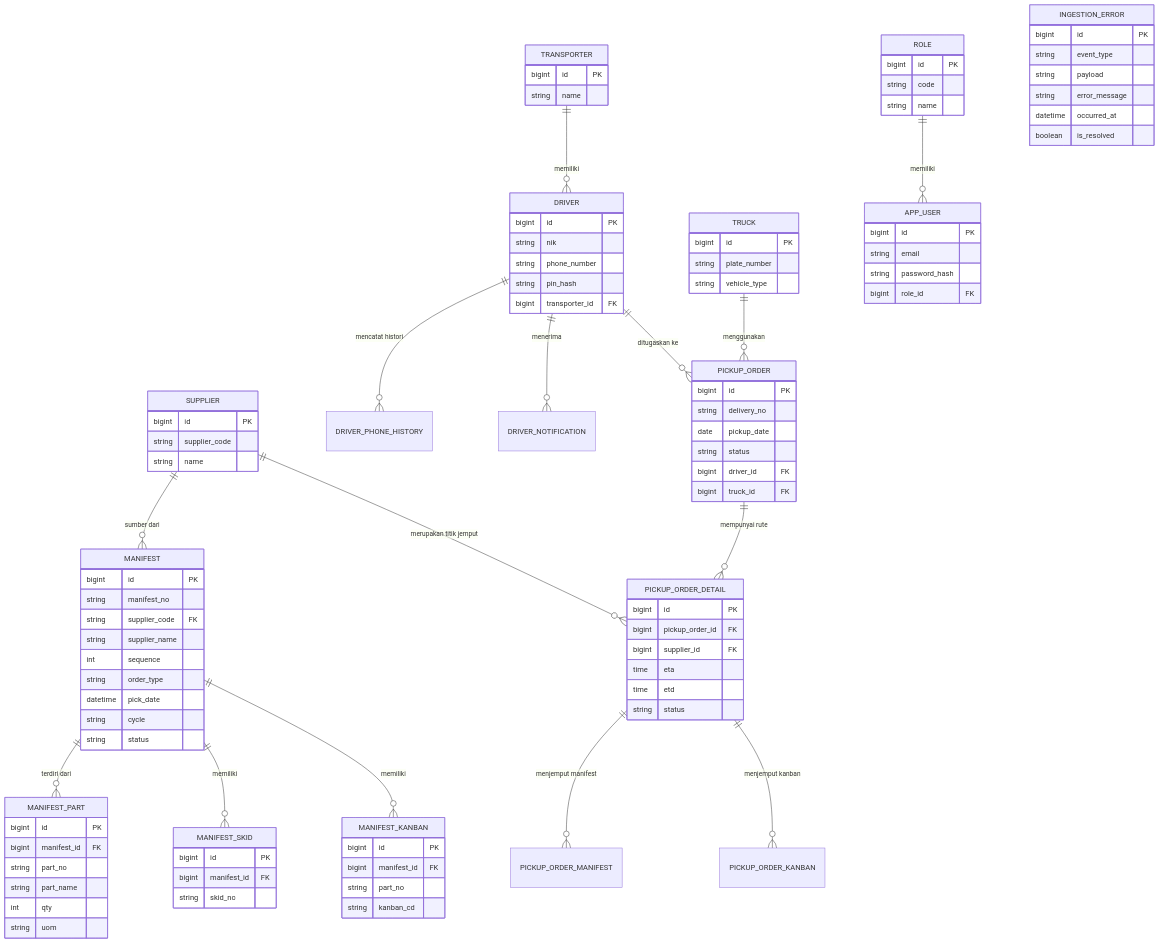
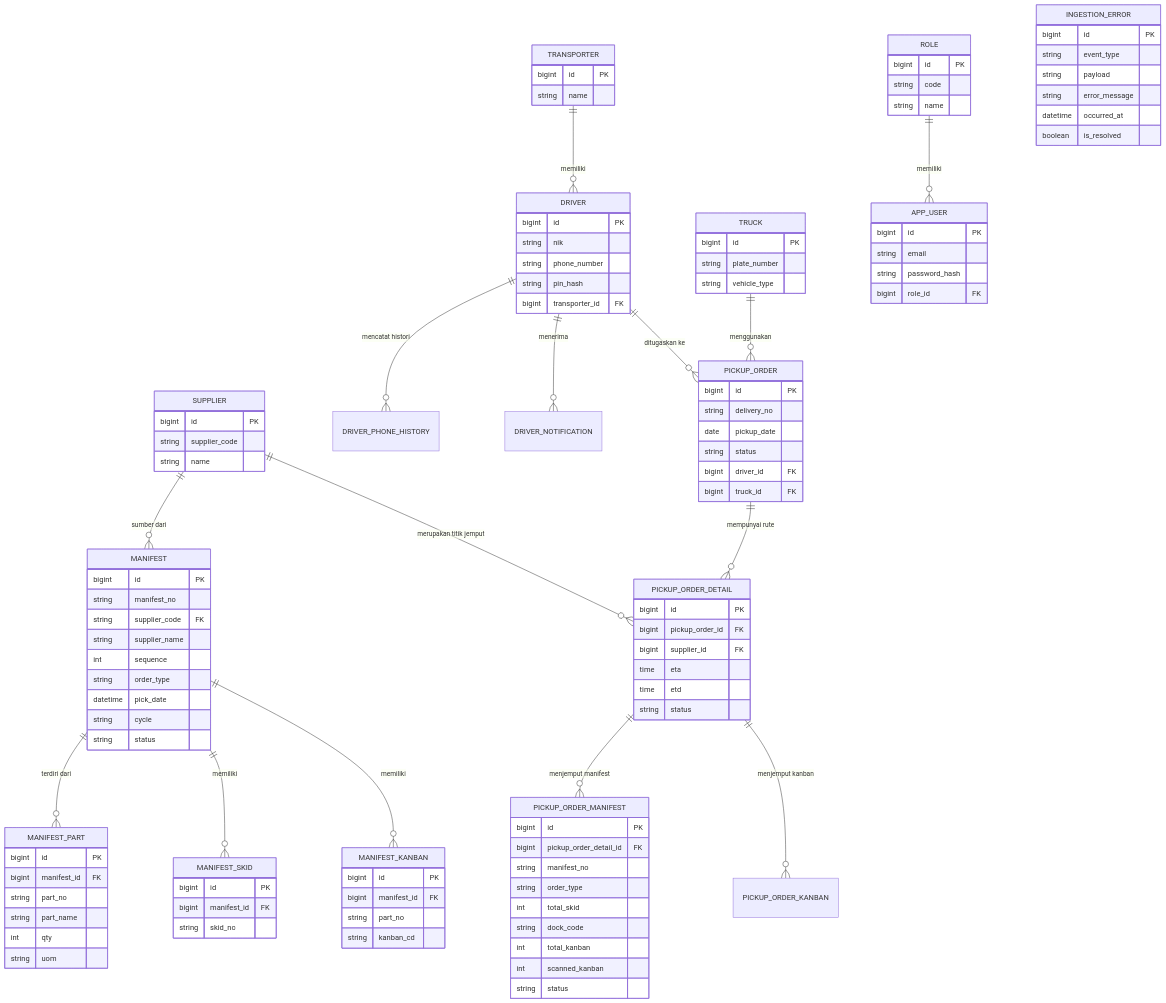
One commit to odealidj/minione-edcl-net changed the diagram in docs/architecture/logical-data-model.md. Above: the diagram before and after it, drawn with Mermaid. The commit also changed other lines of this file, not shown here.

Commit message:
docs: update logical data model to reflect new PickupOrderManifest schema

````diff
--- a/docs/architecture/logical-data-model.md
+++ b/docs/architecture/logical-data-model.md
@@ -135,4 +135,16 @@
         time etd
         string status
     }
+
+    PICKUP_ORDER_MANIFEST {
+        bigint id PK
+        bigint pickup_order_detail_id FK
+        string manifest_no
+        string order_type
+        int total_skid
+        string dock_code
+        int total_kanban
+        int scanned_kanban
+        string status
+    }
 ```
````
